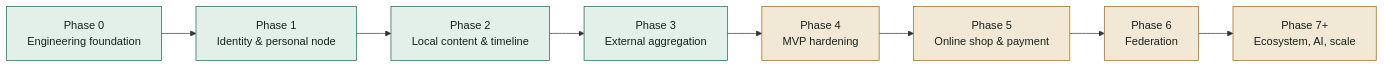
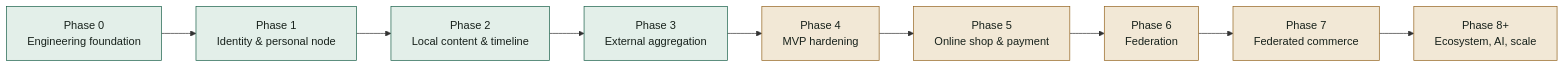
One commit to kukuhtw/fpdp changed the first of 2 diagrams in documentation/PROGRESS-REPORT.en.md. Above: the diagram before and after it, drawn with Mermaid. The commit also changed other lines of this file and 5 other files, not shown here.

Commit message:
docs: update progress report and roadmap to reflect changes for Phase 7 - Federated Commerce

````diff
--- a/documentation/PROGRESS-REPORT.en.md
+++ b/documentation/PROGRESS-REPORT.en.md
@@ -23,16 +23,17 @@
 ```mermaid
 flowchart LR
     P0["Phase 0<br/>Engineering foundation"] --> P1["Phase 1<br/>Identity & personal node"]
     P1 --> P2["Phase 2<br/>Local content & timeline"]
     P2 --> P3["Phase 3<br/>External aggregation"]
     P3 --> P4["Phase 4<br/>MVP hardening"]
     P4 --> P5["Phase 5<br/>Online shop & payment"]
     P5 --> P6["Phase 6<br/>Federation"]
-    P6 --> P7["Phase 7+<br/>Ecosystem, AI, scale"]
+    P6 --> P7["Phase 7<br/>Federated commerce"]
+    P7 --> P8["Phase 8+<br/>Ecosystem, AI, scale"]
 
     classDef done fill:#e3efe9,stroke:#185f48,color:#17211b;
     classDef partial fill:#f2e8d6,stroke:#93631e,color:#17211b;
     classDef planned fill:#f1e3e1,stroke:#a13d37,color:#17211b;
     class P0,P1,P2,P3 done;
-    class P4,P5,P6,P7 partial;
+    class P4,P5,P6,P7,P8 partial;
 ```
````
